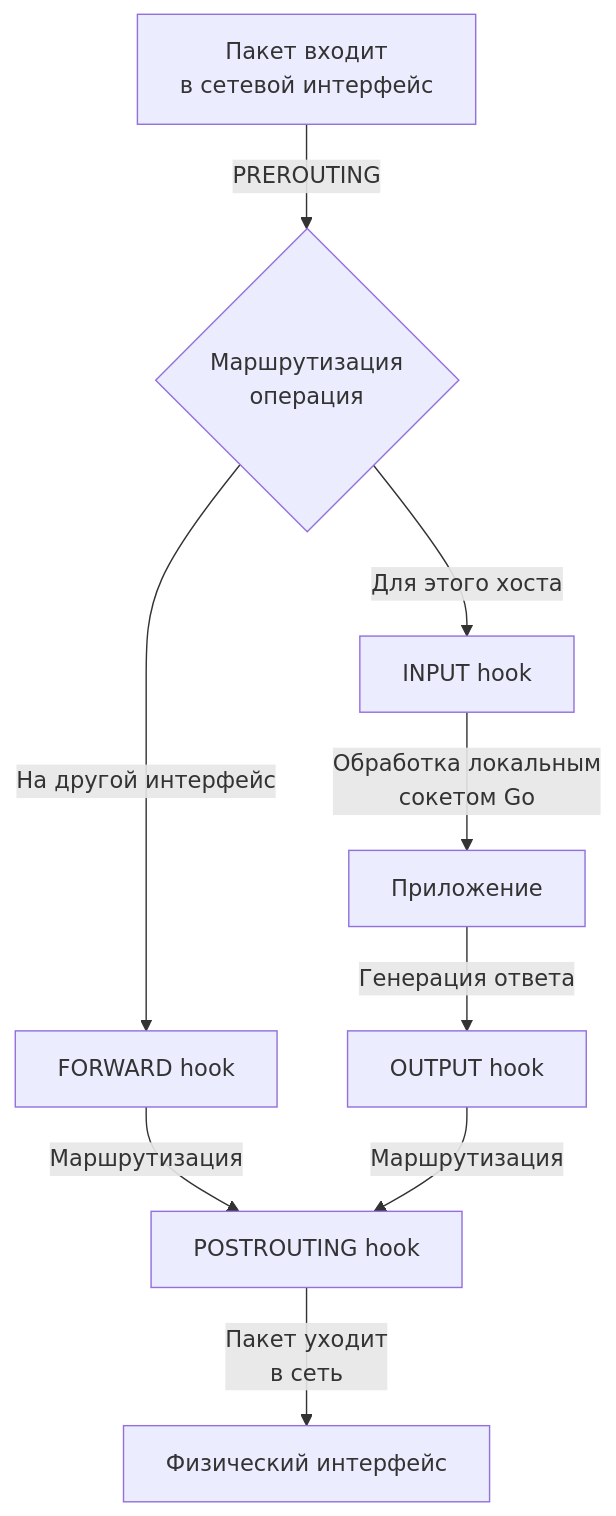
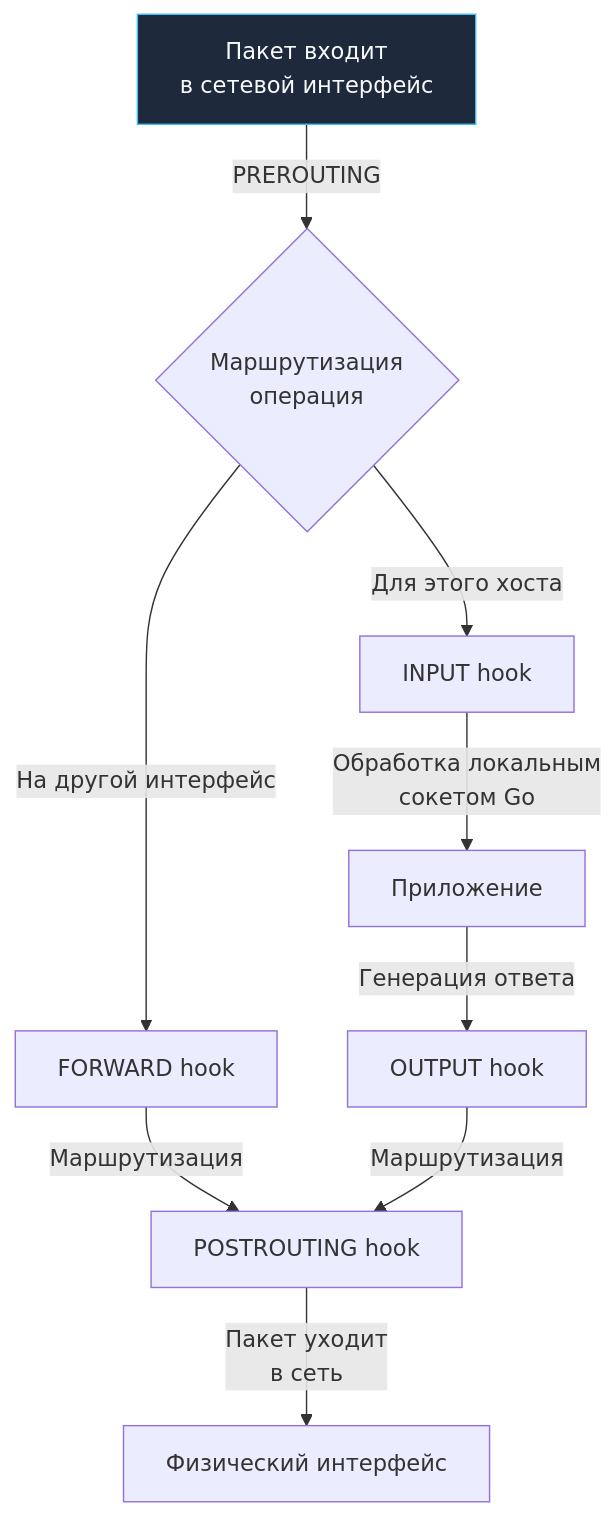
One commit to UnrealTemplier/go-textbook changed the first of 3 diagrams in sources/3. Компьютерные сети и сетевой стек/32. Firewall, iptables, nftables и базовая фильтрация трафика.md. Above: the diagram before and after it, drawn with Mermaid. The commit also changed other lines of this file and 1666 other files, not shown here.

First line of the commit message:
feat(mermaid): add semantic color classDef to 1369 colorless flowchart/graph diagrams

````diff
--- a/sources/3. Компьютерные сети и сетевой стек/32. Firewall, iptables, nftables и базовая фильтрация трафика.md
+++ b/sources/3. Компьютерные сети и сетевой стек/32. Firewall, iptables, nftables и базовая фильтрация трафика.md
@@ -26,11 +26,21 @@
 ```mermaid
 flowchart TD
-    A["Пакет входит<br>в сетевой интерфейс"] -->|"PREROUTING"| B{"Маршрутизация<br>операция"}
+    classDef process  fill:#1e293b,stroke:#38bdf8,stroke-width:1px,color:#f8fafc
+    classDef success  fill:#064e3b,stroke:#34d399,stroke-width:1px,color:#f8fafc
+    classDef error    fill:#7f1d1d,stroke:#f87171,stroke-width:1px,color:#f8fafc
+    classDef warning  fill:#78350f,stroke:#fbbf24,stroke-width:1px,color:#f8fafc
+    classDef entry    fill:#1e3a5f,stroke:#38bdf8,stroke-width:2px,color:#f8fafc
+    classDef aux      fill:#334155,stroke:#64748b,stroke-width:1px,color:#f8fafc
+    classDef system   fill:#312e81,stroke:#a78bfa,stroke-width:1px,color:#f8fafc
+    classDef data     fill:#132d29,stroke:#2dd4bf,stroke-width:1px,color:#f8fafc
+    classDef network  fill:#881337,stroke:#fb7185,stroke-width:1px,color:#f8fafc
+    classDef accent   fill:#1e1b4b,stroke:#818cf8,stroke-width:1px,color:#f8fafc
+    A["Пакет входит<br>в сетевой интерфейс"]:::process -->|"PREROUTING"| B{"Маршрутизация<br>операция"}
     B -->|"Для этого хоста"| C["INPUT hook"]
     B -->|"На другой интерфейс"| D["FORWARD hook"]
     C -->|"Обработка локальным<br>сокетом Go"| E["Приложение"]
     E -->|"Генерация ответа"| F["OUTPUT hook"]
     D -->|"Маршрутизация"| G["POSTROUTING hook"]
     F -->|"Маршрутизация"| G
     G -->|"Пакет уходит<br>в сеть"| H["Физический интерфейс"]
 ```
````
